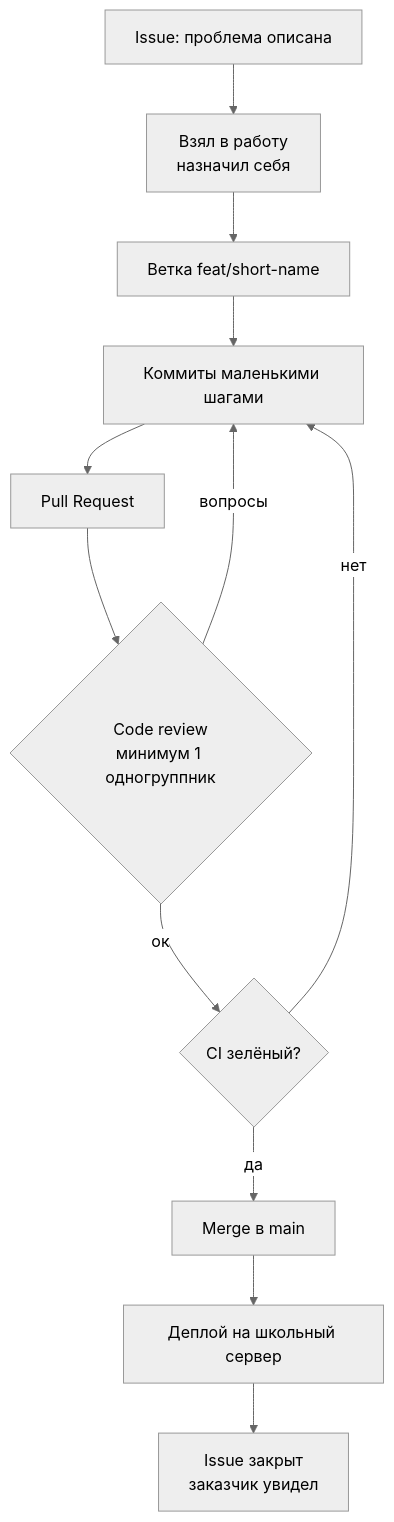
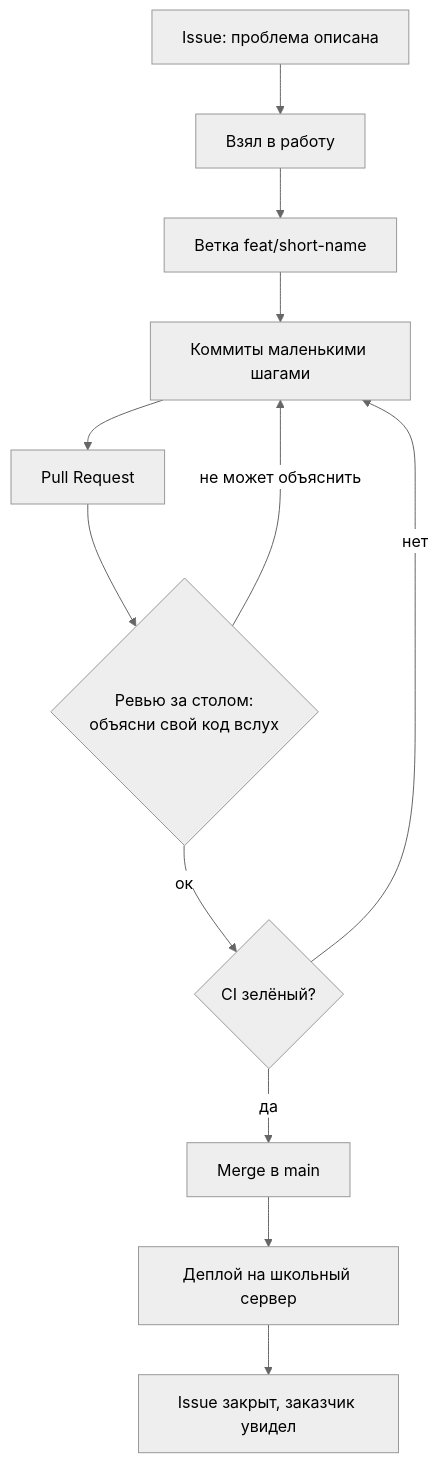
The third of 3 diagrams in docs/ROADMAP.md (DanielyanGarnik/handbook), drawn with Mermaid (neutral theme) before and after one commit. The commit also changed other lines of this file and 5 other files, not shown here.

First line of the commit message:
docs: rebuild the roadmap and lesson plans for the daily format

````diff
--- a/docs/ROADMAP.md
+++ b/docs/ROADMAP.md
@@ -280,14 +215,14 @@
 ```mermaid
 flowchart TD
-    A["Issue: проблема описана"] --> B["Взял в работу<br/>назначил себя"]
+    A["Issue: проблема описана"] --> B["Взял в работу"]
     B --> C["Ветка feat/short-name"]
     C --> D["Коммиты маленькими шагами"]
     D --> E["Pull Request"]
-    E --> F{"Code review<br/>минимум 1 одногруппник"}
-    F -->|"вопросы"| D
+    E --> F{"Ревью за столом:<br/>объясни свой код вслух"}
+    F -->|"не может объяснить"| D
     F -->|"ок"| G{"CI зелёный?"}
     G -->|"нет"| D
     G -->|"да"| H["Merge в main"]
     H --> I["Деплой на школьный сервер"]
-    I --> J["Issue закрыт<br/>заказчик увидел"]
+    I --> J["Issue закрыт, заказчик увидел"]
 ```
````
